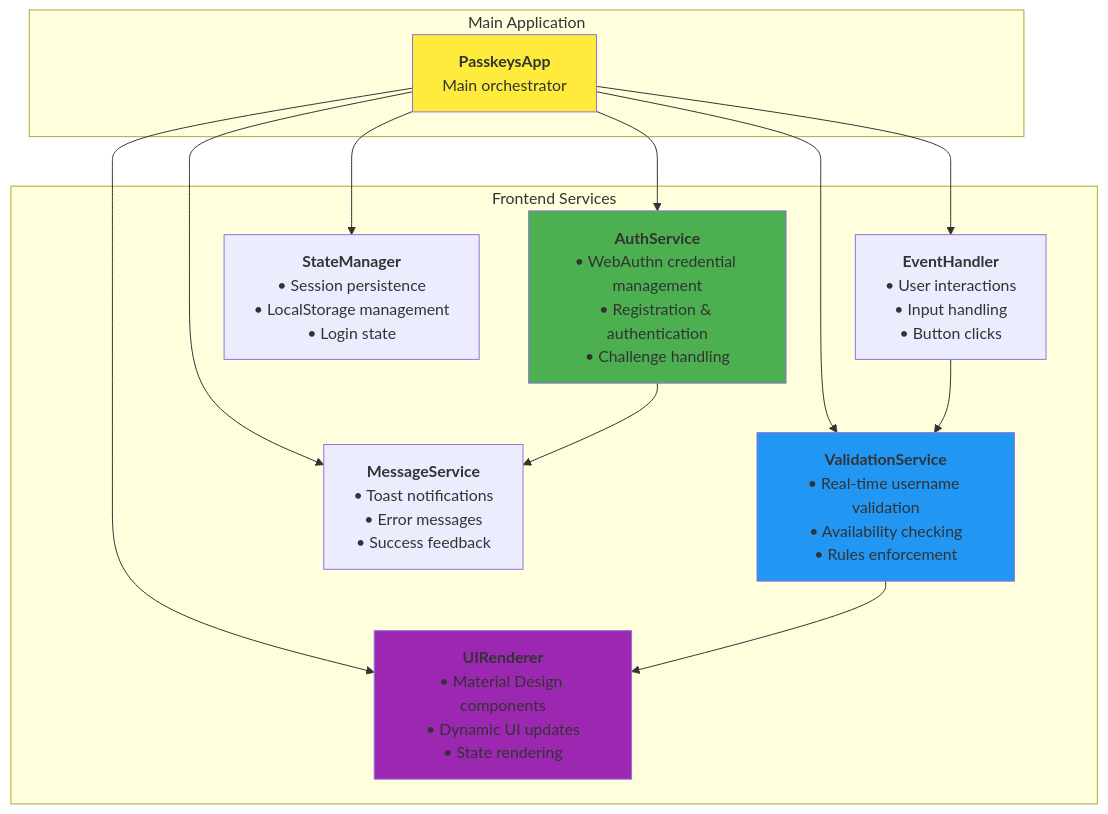
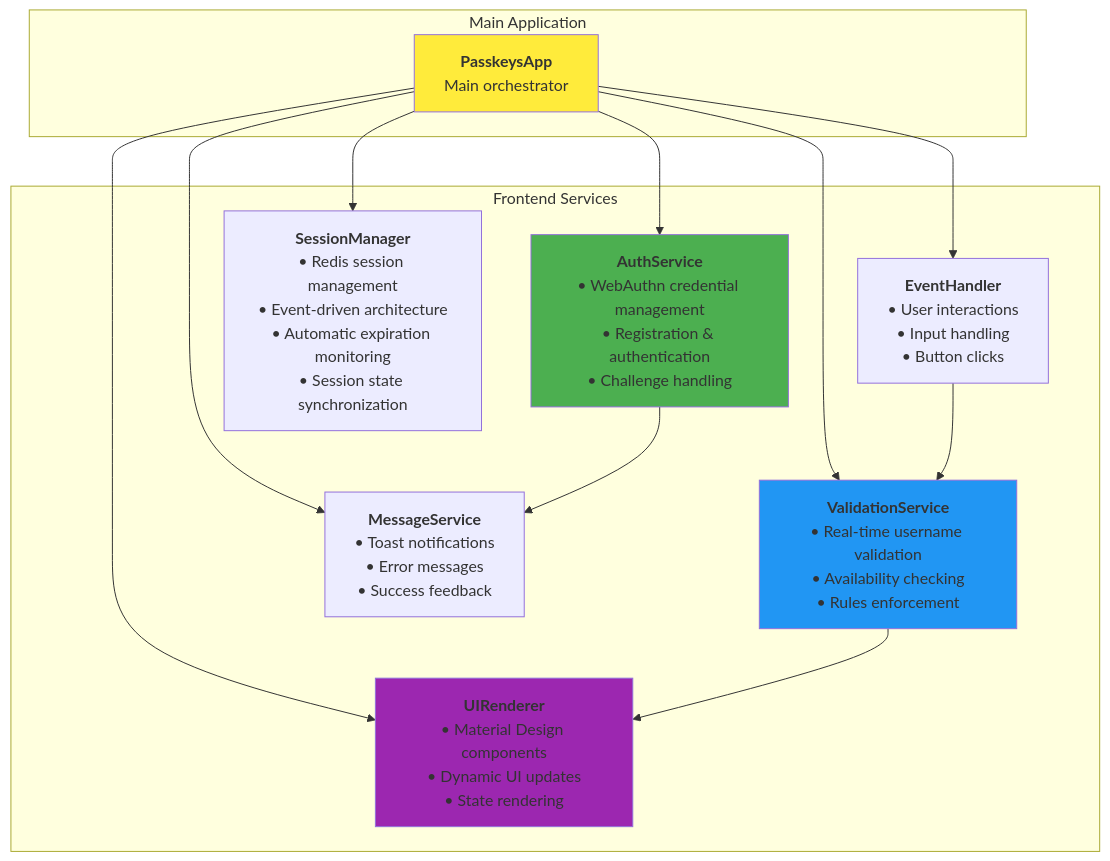
One commit to mabreyes/cssecdv-passkeys changed the second of 5 diagrams in README.md. Above: the diagram before and after it, drawn with Mermaid. The commit also changed other lines of this file and 9 other files, not shown here.

````diff
--- a/README.md
+++ b/README.md
@@ -122,55 +201,56 @@
 ```mermaid
 graph TD
     subgraph "Frontend Services"
         AuthService["`**AuthService**
         • WebAuthn credential management
         • Registration & authentication
         • Challenge handling`"]
 
         ValidationService["`**ValidationService**
         • Real-time username validation
         • Availability checking
         • Rules enforcement`"]
 
         UIRenderer["`**UIRenderer**
         • Material Design components
         • Dynamic UI updates
         • State rendering`"]
 
         EventHandler["`**EventHandler**
         • User interactions
         • Input handling
         • Button clicks`"]
 
         MessageService["`**MessageService**
         • Toast notifications
         • Error messages
         • Success feedback`"]
 
-        StateManager["`**StateManager**
-        • Session persistence
-        • LocalStorage management
-        • Login state`"]
+        SessionManager["`**SessionManager**
+        • Redis session management
+        • Event-driven architecture
+        • Automatic expiration monitoring
+        • Session state synchronization`"]
     end
 
     subgraph "Main Application"
         PasskeysApp["`**PasskeysApp**
         Main orchestrator`"]
     end
 
     PasskeysApp --> AuthService
     PasskeysApp --> ValidationService
     PasskeysApp --> UIRenderer
     PasskeysApp --> EventHandler
     PasskeysApp --> MessageService
-    PasskeysApp --> StateManager
+    PasskeysApp --> SessionManager
 
     EventHandler --> ValidationService
     ValidationService --> UIRenderer
     AuthService --> MessageService
 
     style PasskeysApp fill:#ffeb3b
     style AuthService fill:#4caf50
     style ValidationService fill:#2196f3
     style UIRenderer fill:#9c27b0
 ```
````
